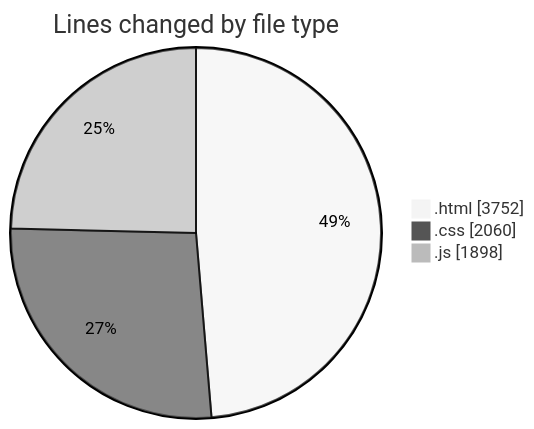
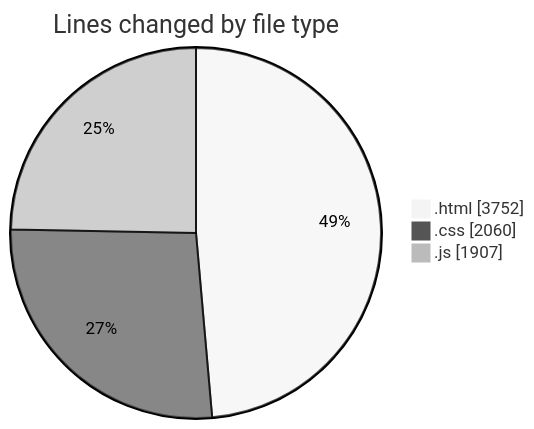
The first of 2 diagrams in 2025-05-24/projects/README.md (Ritupan-Deka/code-tracking), drawn with Mermaid (neutral theme) before and after one commit. The commit also changed other lines of this file and 1 other file, not shown here.

````diff
--- a/2025-05-24/projects/README.md
+++ b/2025-05-24/projects/README.md
@@ -25,7 +25,7 @@
 ```mermaid
 pie showData
 title Lines changed by file type
 ".html" : 3752
 ".css" : 2060
-".js" : 1898
+".js" : 1907
 ```
````
